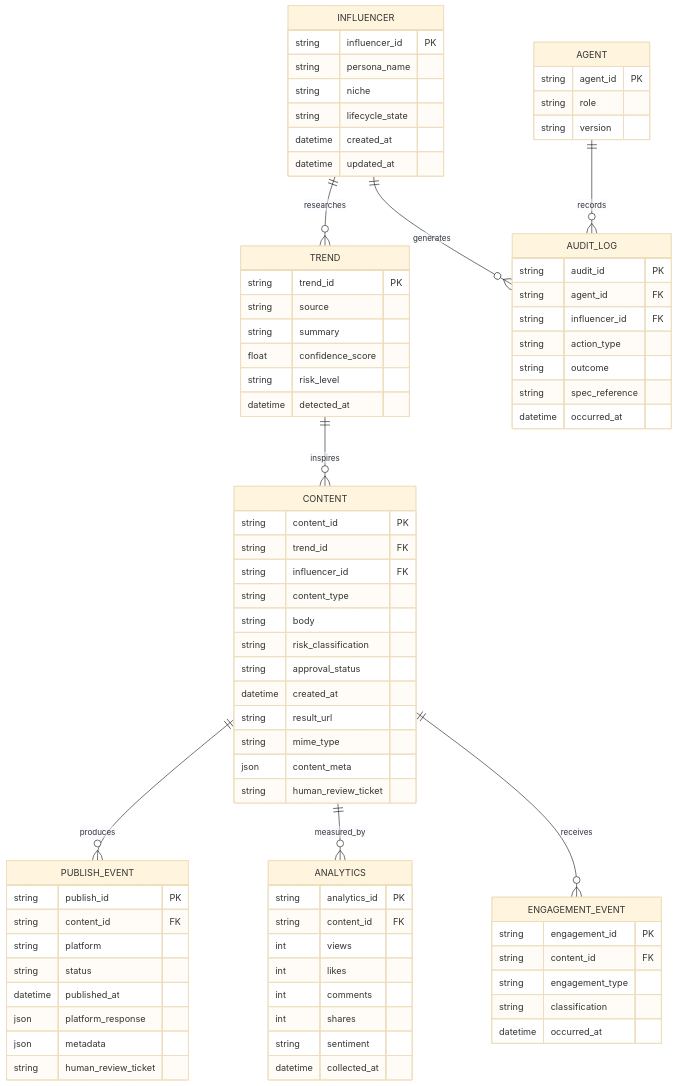
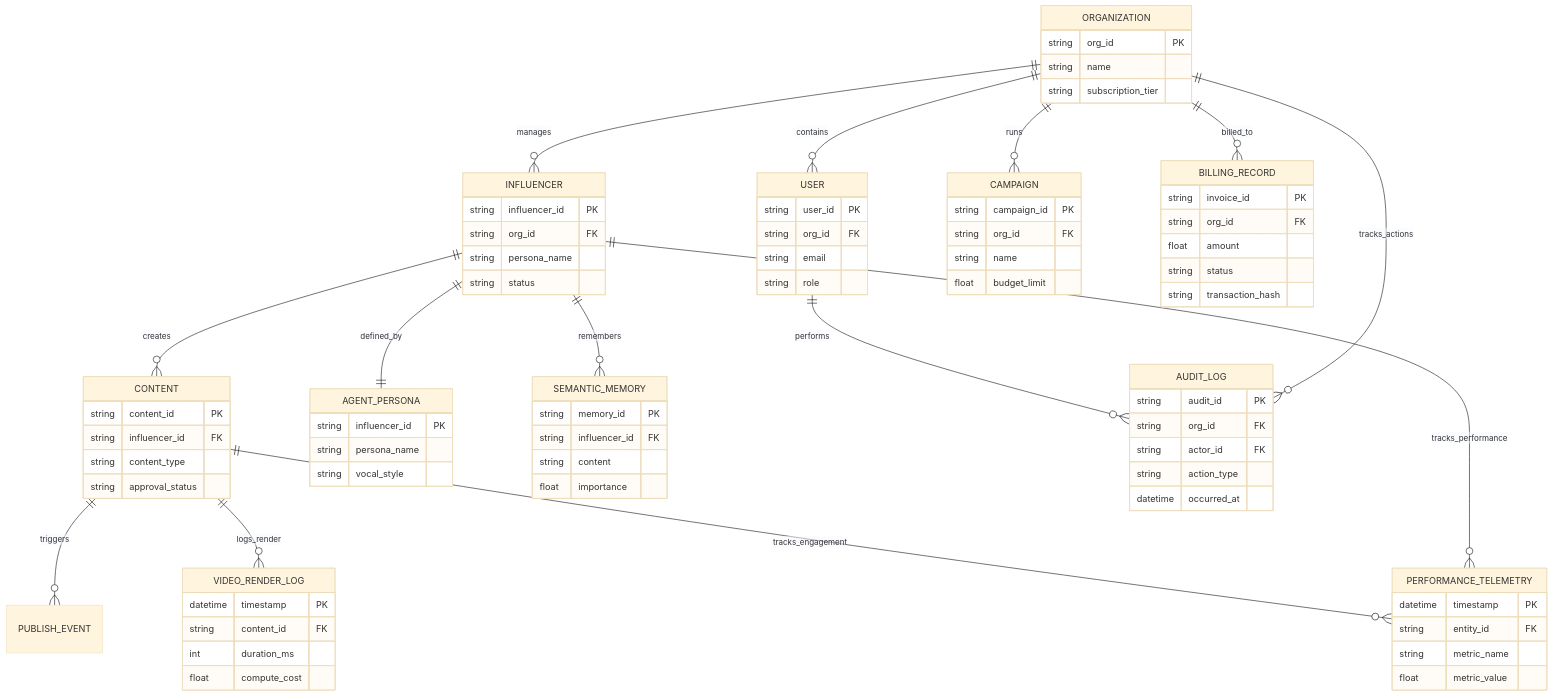
One commit to duressa2022/tenx-chimera changed the diagram in specs/technical/database/erd.mmd. Above: the diagram before and after it, drawn with Mermaid (base theme). The commit also changed 8 other files, not shown here.

Commit message:
edit:edit for the database--added--vector,search,cache schema

```diff
--- a/specs/technical/database/erd.mmd
+++ b/specs/technical/database/erd.mmd
@@ -1,87 +1,99 @@
 erDiagram
-    INFLUENCER ||--o{ TREND : researches
-    TREND ||--o{ CONTENT : inspires
-    CONTENT ||--o{ PUBLISH_EVENT : produces
-    CONTENT ||--o{ ANALYTICS : measured_by
-    INFLUENCER ||--o{ AUDIT_LOG : generates
-    AGENT ||--o{ AUDIT_LOG : records
-    CONTENT ||--o{ ENGAGEMENT_EVENT : receives
+    %% Relational / Transactional (PostgreSQL)
+    ORGANIZATION ||--o{ USER : contains
+    ORGANIZATION ||--o{ INFLUENCER : manages
+    ORGANIZATION ||--o{ CAMPAIGN : runs
+    ORGANIZATION ||--o{ BILLING_RECORD : billed_to
+    
+    INFLUENCER ||--o{ CONTENT : creates
+    CONTENT ||--o{ PUBLISH_EVENT : triggers
+    
+    %% Time-Series (TimescaleDB)
+    CONTENT ||--o{ VIDEO_RENDER_LOG : logs_render
+    INFLUENCER ||--o{ PERFORMANCE_TELEMETRY : tracks_performance
+    CONTENT ||--o{ PERFORMANCE_TELEMETRY : tracks_engagement
+    
+    %% Vector / RAG (Weaviate)
+    INFLUENCER ||--|| AGENT_PERSONA : defined_by
+    INFLUENCER ||--o{ SEMANTIC_MEMORY : remembers
+    
+    %% Governance
+    ORGANIZATION ||--o{ AUDIT_LOG : tracks_actions
+    USER ||--o{ AUDIT_LOG : performs
+    
+    ORGANIZATION {
+        string org_id PK
+        string name
+        string subscription_tier
+    }
+
+    USER {
+        string user_id PK
+        string org_id FK
+        string email
+        string role
+    }
 
     INFLUENCER {
         string influencer_id PK
+        string org_id FK
         string persona_name
-        string niche
-        string lifecycle_state
-        datetime created_at
-        datetime updated_at
+        string status
     }
 
-    TREND {
-        string trend_id PK
-        string source
-        string summary
-        float confidence_score
-        string risk_level
-        datetime detected_at
+    CAMPAIGN {
+        string campaign_id PK
+        string org_id FK
+        string name
+        float budget_limit
+    }
+
+    BILLING_RECORD {
+        string invoice_id PK
+        string org_id FK
+        float amount
+        string status
+        string transaction_hash
     }
 
     CONTENT {
         string content_id PK
-        string trend_id FK
         string influencer_id FK
         string content_type
-        string body
-        string risk_classification
         string approval_status
-        datetime created_at
-        string result_url
-        string mime_type
-        json content_meta
-        string human_review_ticket
     }
 
-    PUBLISH_EVENT {
-        string publish_id PK
+    VIDEO_RENDER_LOG {
+        datetime timestamp PK
         string content_id FK
-        string platform
-        string status
-        datetime published_at
-        json platform_response
-        json metadata
-        string human_review_ticket
+        int duration_ms
+        float compute_cost
     }
 
-    ANALYTICS {
-        string analytics_id PK
-        string content_id FK
-        int views
-        int likes
-        int comments
-        int shares
-        string sentiment
-        datetime collected_at
+    PERFORMANCE_TELEMETRY {
+        datetime timestamp PK
+        string entity_id FK
+        string metric_name
+        float metric_value
     }
 
-    ENGAGEMENT_EVENT {
-        string engagement_id PK
-        string content_id FK
-        string engagement_type
-        string classification
-        datetime occurred_at
+    AGENT_PERSONA {
+        string influencer_id PK
+        string persona_name
+        string vocal_style
     }
 
-    AGENT {
-        string agent_id PK
-        string role
-        string version
+    SEMANTIC_MEMORY {
+        string memory_id PK
+        string influencer_id FK
+        string content
+        float importance
     }
 
     AUDIT_LOG {
         string audit_id PK
-        string agent_id FK
-        string influencer_id FK
+        string org_id FK
+        string actor_id FK
         string action_type
-        string outcome
-        string spec_reference
         datetime occurred_at
     }
```
